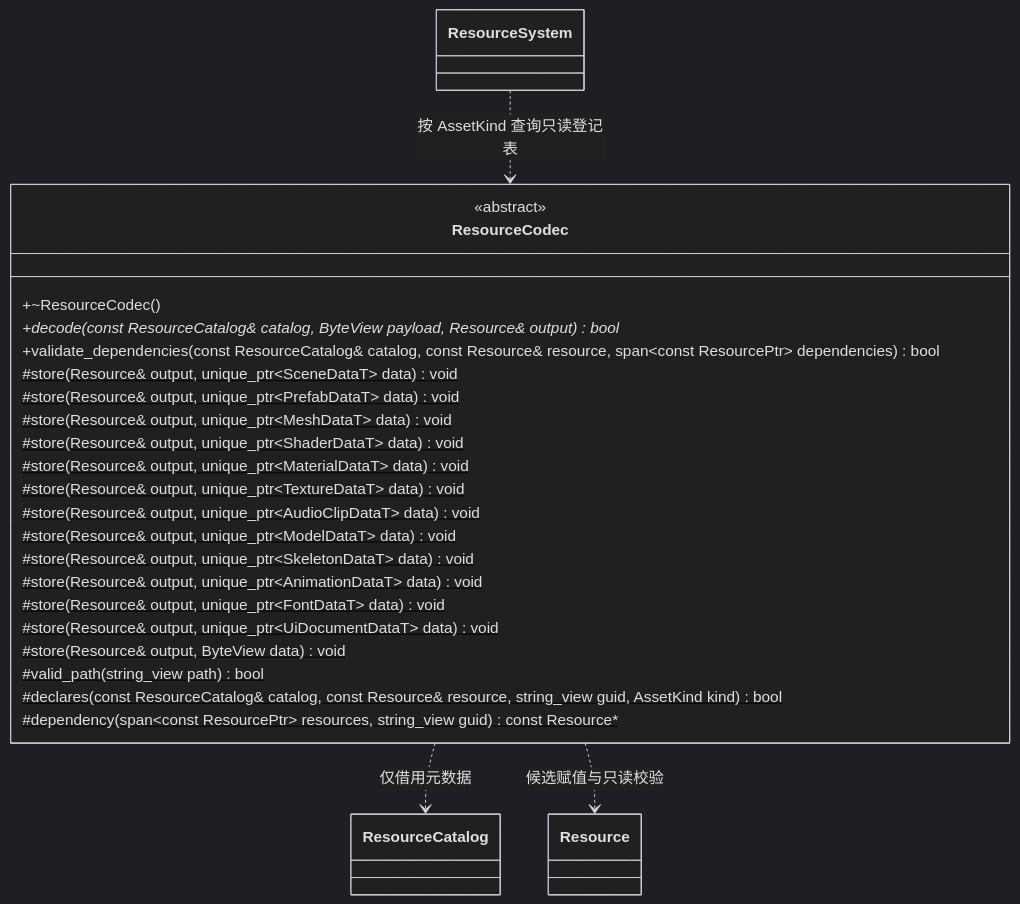
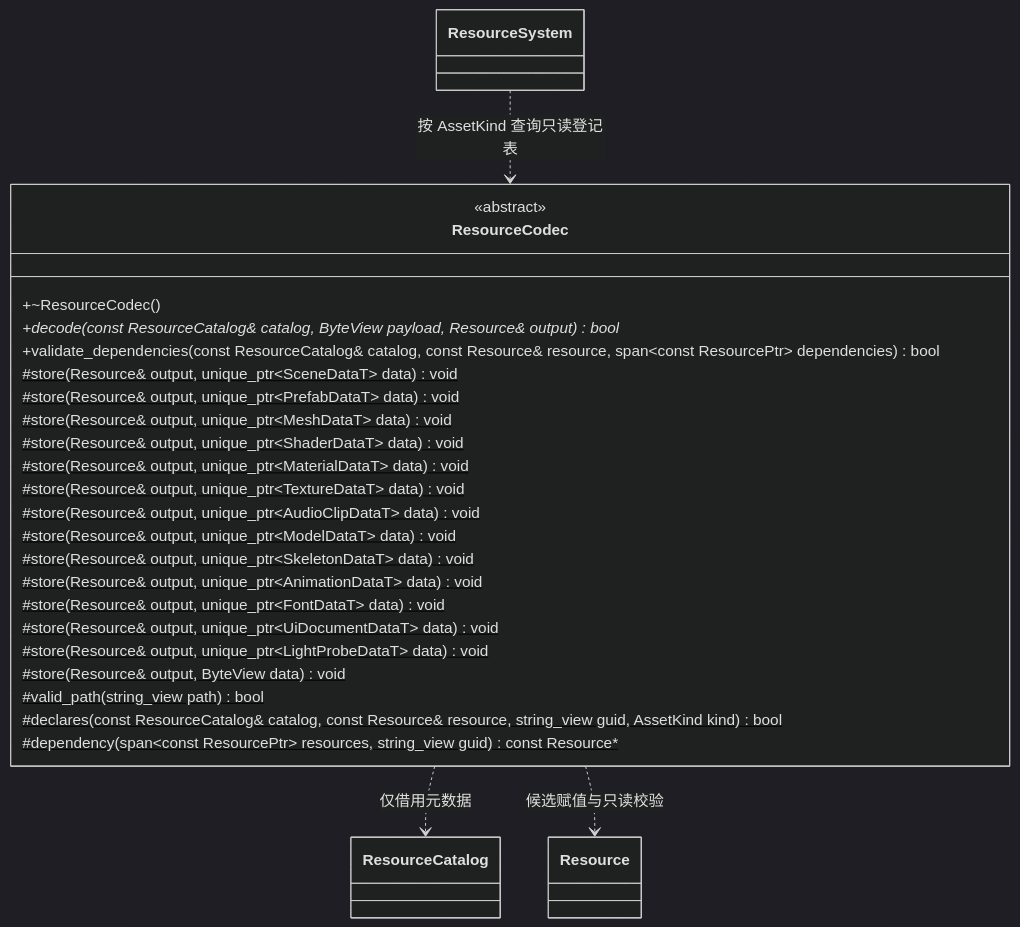
One commit to lcals/Engine changed the first of 5 diagrams in docs/runtime/class-diagrams/resource-codecs.md. Above: the diagram before and after it, drawn with Mermaid (dark theme). The commit also changed other lines of this file and 222 other files, not shown here.

Commit message:
Consolidate editor asset imports and align architecture documentation

````diff
--- a/docs/runtime/class-diagrams/resource-codecs.md
+++ b/docs/runtime/class-diagrams/resource-codecs.md
@@ -9,31 +9,32 @@
 ```mermaid
 classDiagram
     class ResourceCodec {
         <<abstract>>
         +~ResourceCodec()
         +decode(const ResourceCatalog& catalog, ByteView payload, Resource& output) bool*
         +validate_dependencies(const ResourceCatalog& catalog, const Resource& resource, span~const ResourcePtr~ dependencies) bool
         #store(Resource& output, unique_ptr~SceneDataT~ data) void$
         #store(Resource& output, unique_ptr~PrefabDataT~ data) void$
         #store(Resource& output, unique_ptr~MeshDataT~ data) void$
         #store(Resource& output, unique_ptr~ShaderDataT~ data) void$
         #store(Resource& output, unique_ptr~MaterialDataT~ data) void$
         #store(Resource& output, unique_ptr~TextureDataT~ data) void$
         #store(Resource& output, unique_ptr~AudioClipDataT~ data) void$
         #store(Resource& output, unique_ptr~ModelDataT~ data) void$
         #store(Resource& output, unique_ptr~SkeletonDataT~ data) void$
         #store(Resource& output, unique_ptr~AnimationDataT~ data) void$
         #store(Resource& output, unique_ptr~FontDataT~ data) void$
         #store(Resource& output, unique_ptr~UiDocumentDataT~ data) void$
+        #store(Resource& output, unique_ptr~LightProbeDataT~ data) void$
         #store(Resource& output, ByteView data) void$
         #valid_path(string_view path) bool$
         #declares(const ResourceCatalog& catalog, const Resource& resource, string_view guid, AssetKind kind) bool$
         #dependency(span~const ResourcePtr~ resources, string_view guid) const Resource#42;$
     }
     class ResourceSystem
     class ResourceCatalog
     class Resource
     ResourceSystem ..> ResourceCodec : 按 AssetKind 查询只读登记表
     ResourceCodec ..> ResourceCatalog : 仅借用元数据
     ResourceCodec ..> Resource : 候选赋值与只读校验
 ```
````
